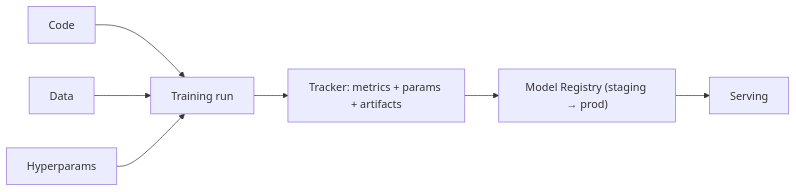
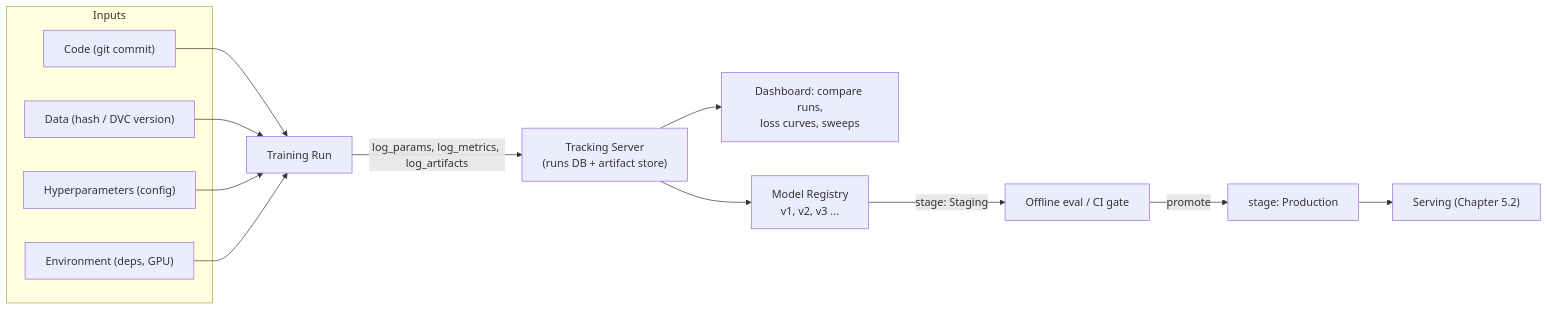
The first of 2 diagrams in roadmap/phase-5-mlops/01-experiment-tracking.md (ABHIRAM3007/itp), drawn with Mermaid before and after one commit. The commit also changed other lines of this file and 16 other files, not shown here.

````diff
--- a/roadmap/phase-5-mlops/01-experiment-tracking.md
+++ b/roadmap/phase-5-mlops/01-experiment-tracking.md
@@ -52,9 +77,19 @@
 ```mermaid
 flowchart LR
-    Code --> Run["Training run"]
-    Data --> Run
-    HP["Hyperparams"] --> Run
-    Run --> T["Tracker: metrics + params + artifacts"]
-    T --> R["Model Registry (staging → prod)"]
-    R --> S["Serving"]
+    subgraph Inputs
+        C["Code (git commit)"]
+        D["Data (hash / DVC version)"]
+        HP["Hyperparameters (config)"]
+        E["Environment (deps, GPU)"]
+    end
+    C --> Run["Training Run"]
+    D --> Run
+    HP --> Run
+    E --> Run
+    Run -->|log_params, log_metrics, log_artifacts| T["Tracking Server\n(runs DB + artifact store)"]
+    T --> UI["Dashboard: compare runs,\nloss curves, sweeps"]
+    T --> Reg["Model Registry\nv1, v2, v3 ..."]
+    Reg -->|"stage: Staging"| Test["Offline eval / CI gate"]
+    Test -->|promote| Prod["stage: Production"]
+    Prod --> S["Serving (Chapter 5.2)"]
 ```
````
